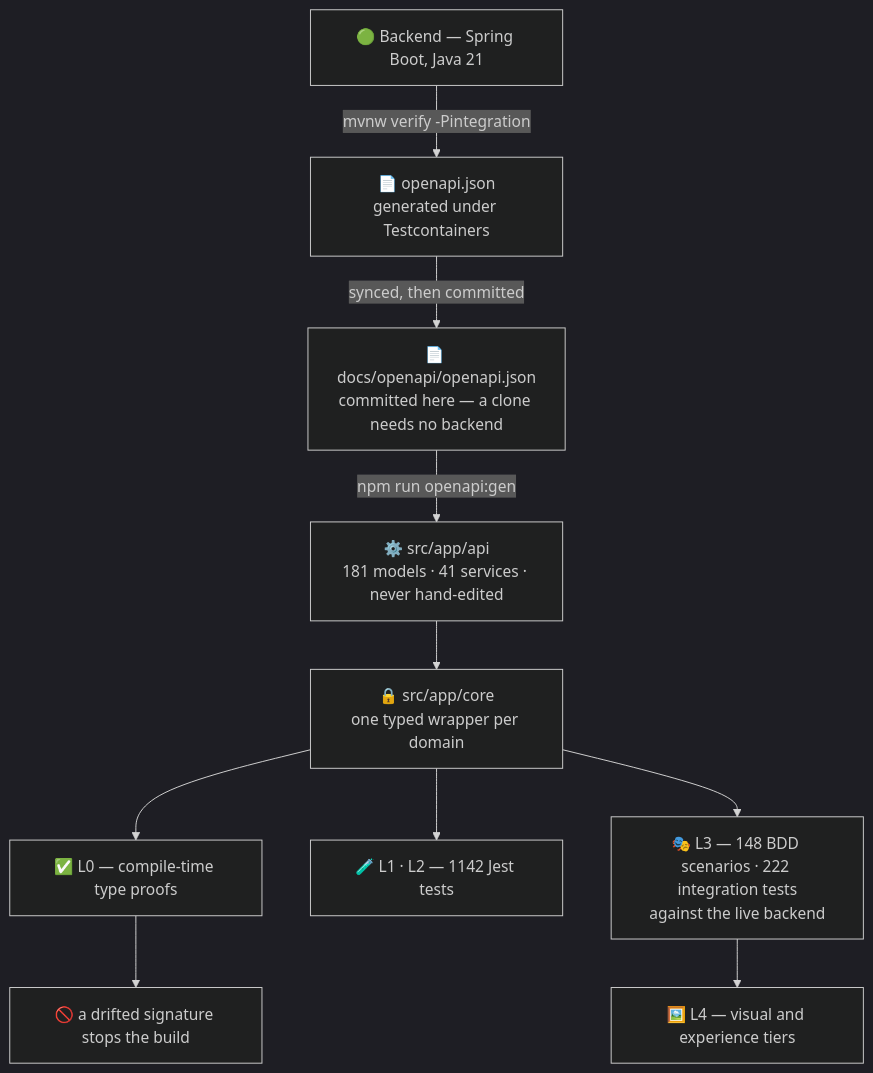
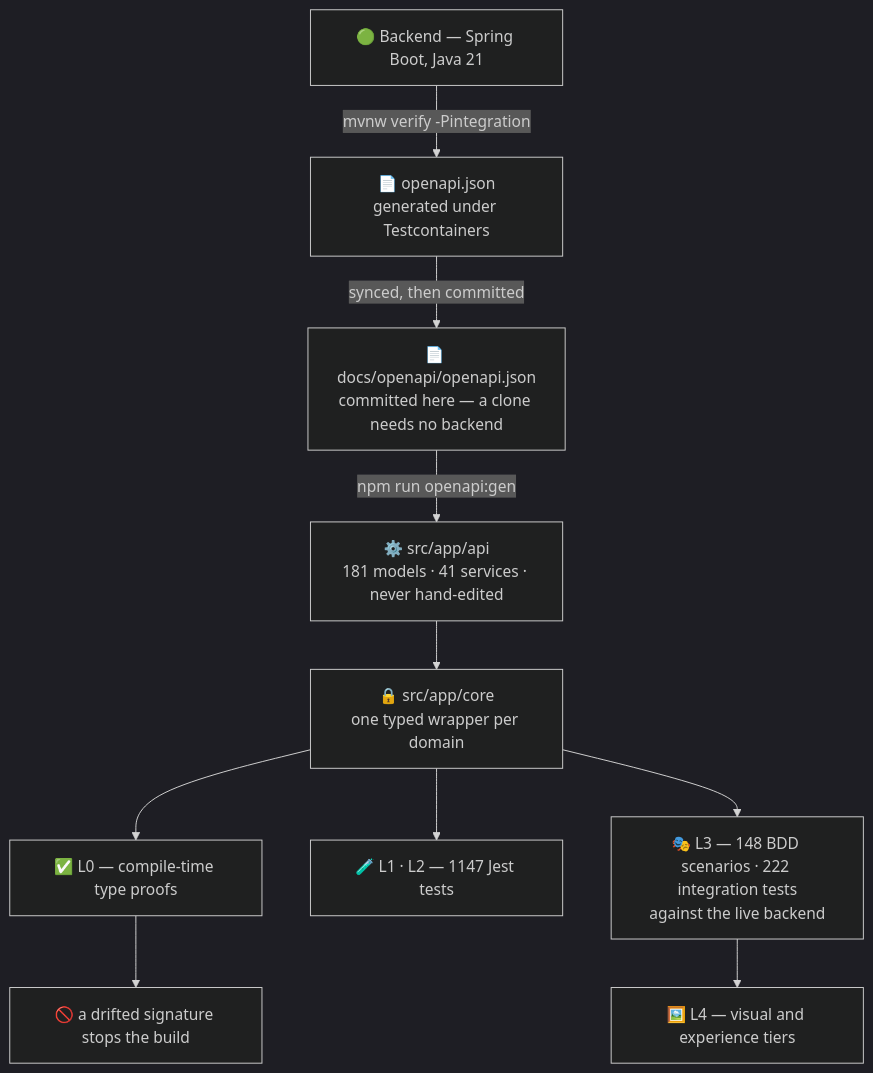
Before and after one commit to Check-It-Out-Dev/checkitout-frontend: the diagram in README.md, drawn with Mermaid (dark theme). The commit also changed other lines of this file and 26 other files, not shown here.

````diff
--- a/README.md
+++ b/README.md
@@ -288,23 +288,23 @@
 ```mermaid
 flowchart TD
     A["🟢 Backend — Spring Boot, Java 21"]
     B["📄 openapi.json<br/>generated under Testcontainers"]
     C["📄 docs/openapi/openapi.json<br/>committed here — a clone needs no backend"]
     D["⚙️ src/app/api<br/>181 models · 41 services · never hand-edited"]
     E["🔒 src/app/core<br/>one typed wrapper per domain"]
     F["✅ L0 — compile-time type proofs"]
-    G["🧪 L1 · L2 — 1142 Jest tests"]
+    G["🧪 L1 · L2 — 1147 Jest tests"]
     H["🎭 L3 — 148 BDD scenarios · 222 integration tests<br/>against the live backend"]
     I["🚫 a drifted signature stops the build"]
     J["🖼️ L4 — visual and experience tiers"]
 
     A -->|"mvnw verify -Pintegration"| B
     B -->|"synced, then committed"| C
     C -->|"npm run openapi:gen"| D
     D --> E
     E --> F
     E --> G
     E --> H
     F --> I
     H --> J
 ```
````
